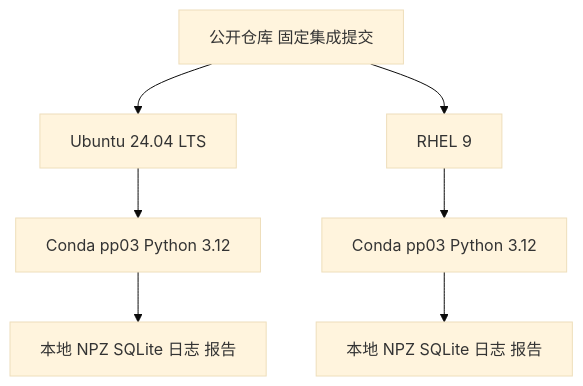
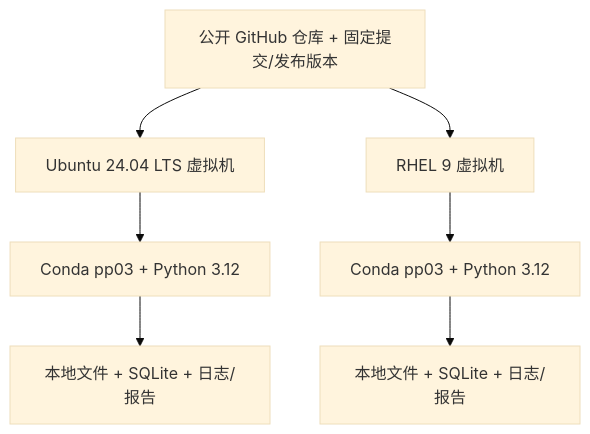
Before and after one commit to Zhu-ShuH/g15-predictive-maintenance: the second of 2 diagrams in docs/architecture.md, drawn with Mermaid (base theme). The commit also changed other lines of this file and 1 other file, not shown here.

Commit message:
docs(117): 架构图与 ai_prompts 真值读者统一为报告层对账口径

````diff
--- a/docs/architecture.md
+++ b/docs/architecture.md
@@ -55,10 +49,10 @@
 ```mermaid
 flowchart TB
-    GH[公开仓库 固定集成提交]
-    GH --> U[Ubuntu 24.04 LTS]
-    GH --> R[RHEL 9]
-    U --> UV[Conda pp03 Python 3.12]
-    R --> RV[Conda pp03 Python 3.12]
-    UV --> UR[本地 NPZ SQLite 日志 报告]
-    RV --> RR[本地 NPZ SQLite 日志 报告]
+    GH[公开 GitHub 仓库 + 固定提交/发布版本]
+    GH --> U[Ubuntu 24.04 LTS 虚拟机]
+    GH --> R[RHEL 9 虚拟机]
+    U --> UV[Conda pp03 + Python 3.12]
+    R --> RV[Conda pp03 + Python 3.12]
+    UV --> UR[本地文件 + SQLite + 日志/报告]
+    RV --> RR[本地文件 + SQLite + 日志/报告]
 ```
````
